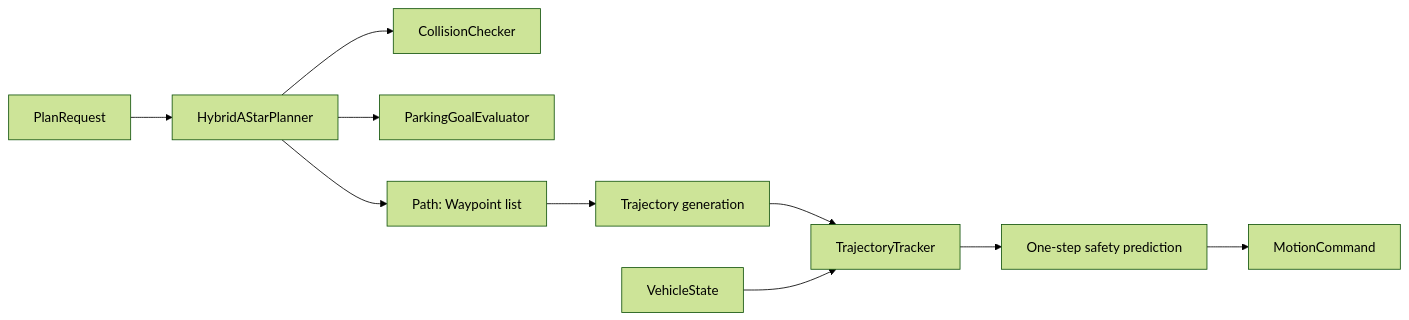
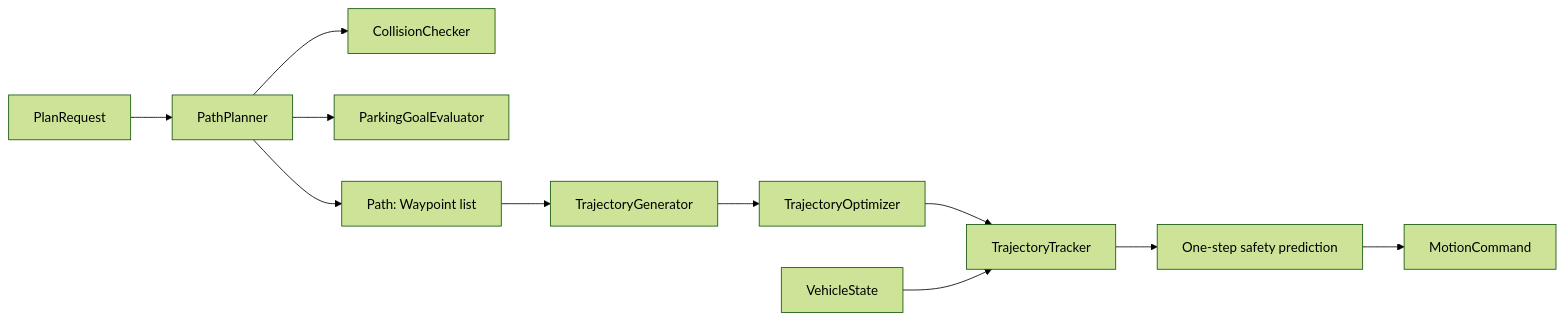
One commit to knmitri/ADASenv changed the diagram in docs/ADAS_STACK_ARCHITECTURE.md. Above: the diagram before and after it, drawn with Mermaid (forest theme). The commit also changed other lines of this file and 41 other files, not shown here.

````diff
--- a/docs/ADAS_STACK_ARCHITECTURE.md
+++ b/docs/ADAS_STACK_ARCHITECTURE.md
@@ -38,12 +45,13 @@
 ```mermaid
 flowchart LR
-    request[PlanRequest] --> planner[HybridAStarPlanner]
+    request[PlanRequest] --> planner[PathPlanner]
     planner --> collision[CollisionChecker]
     planner --> goal[ParkingGoalEvaluator]
     planner --> path[Path: Waypoint list]
-    path --> trajectory[Trajectory generation]
-    trajectory --> tracker[TrajectoryTracker]
+    path --> trajectory[TrajectoryGenerator]
+    trajectory --> optimizer[TrajectoryOptimizer]
+    optimizer --> tracker[TrajectoryTracker]
     state[VehicleState] --> tracker
     tracker --> safety[One-step safety prediction]
     safety --> command[MotionCommand]
 ```
````
